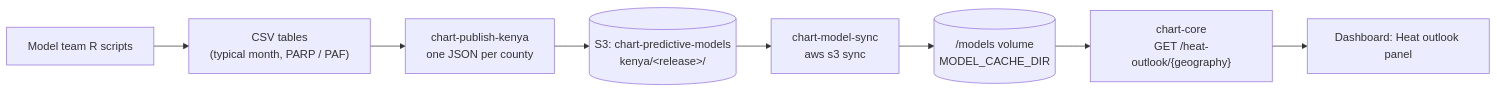
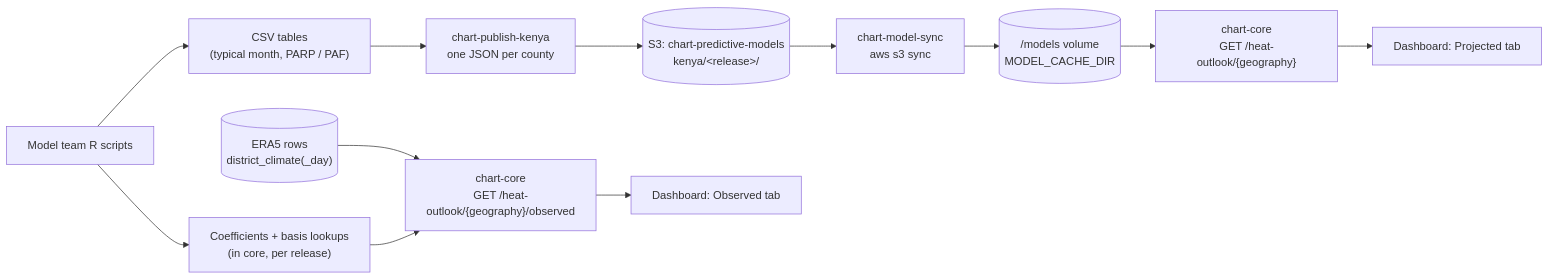
Before and after one commit to CHART-Scope/CHART: the diagram in docs/model-integration.md, drawn with Mermaid. The commit also changed other lines of this file and 651 other files, not shown here.

````diff
--- a/docs/model-integration.md
+++ b/docs/model-integration.md
@@ -9,10 +111,14 @@
 ```mermaid
 flowchart LR
     r["Model team R scripts"] --> csv["CSV tables<br/>(typical month, PARP / PAF)"]
     csv --> publish["chart-publish-kenya<br/>one JSON per county"]
     publish --> s3[("S3: chart-predictive-models<br/>kenya/&lt;release&gt;/")]
     s3 --> sync["chart-model-sync<br/>aws s3 sync"]
     sync --> volume[("/models volume<br/>MODEL_CACHE_DIR")]
     volume --> core["chart-core<br/>GET /heat-outlook/{geography}"]
-    core --> web["Dashboard: Heat outlook panel"]
+    r --> model["Coefficients + basis lookups<br/>(in core, per release)"]
+    era5[("ERA5 rows<br/>district_climate(_day)")] --> observed["chart-core<br/>GET /heat-outlook/{geography}/observed"]
+    model --> observed
+    core --> web["Dashboard: Projected tab"]
+    observed --> web2["Dashboard: Observed tab"]
 ```
````
